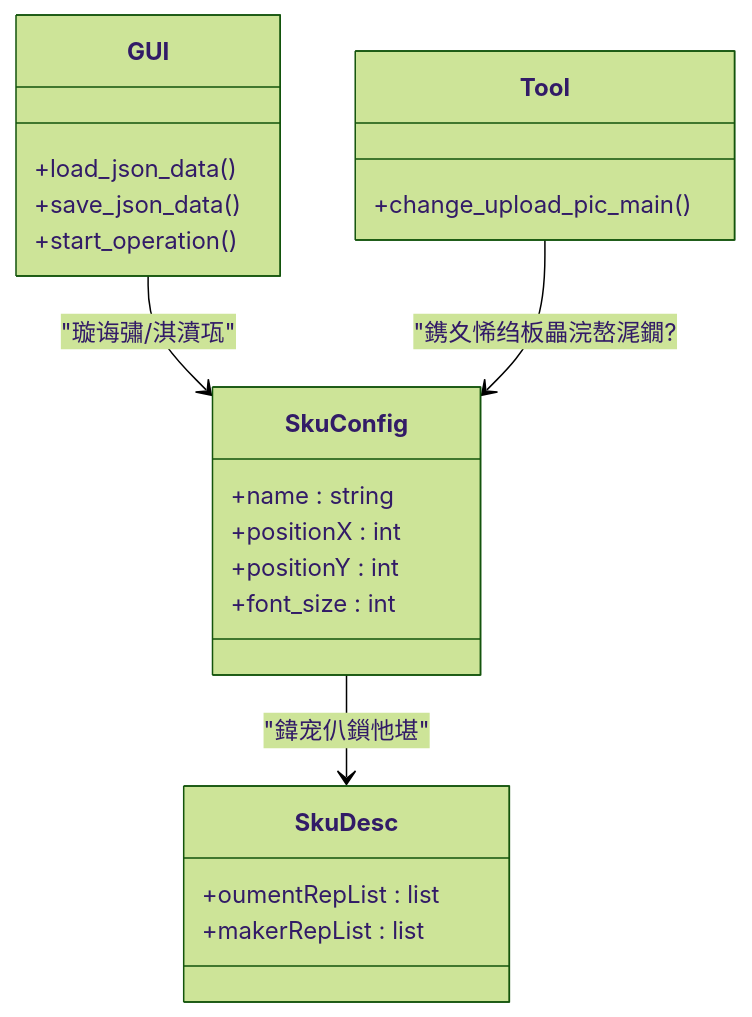
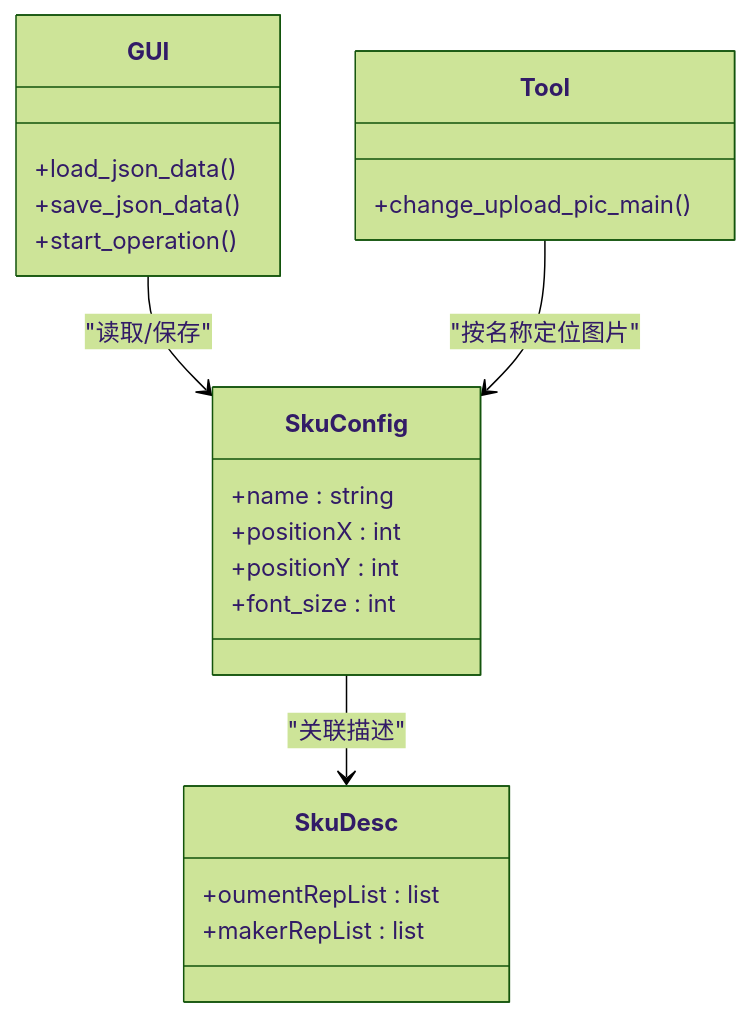
The seventh of 8 diagrams in 代码规范/系统说明文档md/配置管理/文件配置/固定上传配置.md (boltspectre/temu-automation-toolkit), drawn with Mermaid (forest theme) before and after one commit. The commit also changed other lines of this file and 15 other files, not shown here.

````diff
--- a/代码规范/系统说明文档md/配置管理/文件配置/固定上传配置.md
+++ b/代码规范/系统说明文档md/配置管理/文件配置/固定上传配置.md
@@ -249,24 +279,24 @@
 ```mermaid
 classDiagram
 class SkuConfig {
 +name : string
 +positionX : int
 +positionY : int
 +font_size : int
 }
 class SkuDesc {
 +oumentRepList : list
 +makerRepList : list
 }
 class GUI {
 +load_json_data()
 +save_json_data()
 +start_operation()
 }
 class Tool {
 +change_upload_pic_main()
 }
-SkuConfig --> SkuDesc : "鍏宠仈鎻忚堪"
-GUI --> SkuConfig : "璇诲彇/淇濆瓨"
-Tool --> SkuConfig : "鎸夊悕绉板畾浣嶅浘鐗?
+SkuConfig --> SkuDesc : "关联描述"
+GUI --> SkuConfig : "读取/保存"
+Tool --> SkuConfig : "按名称定位图片"
 ```
````
